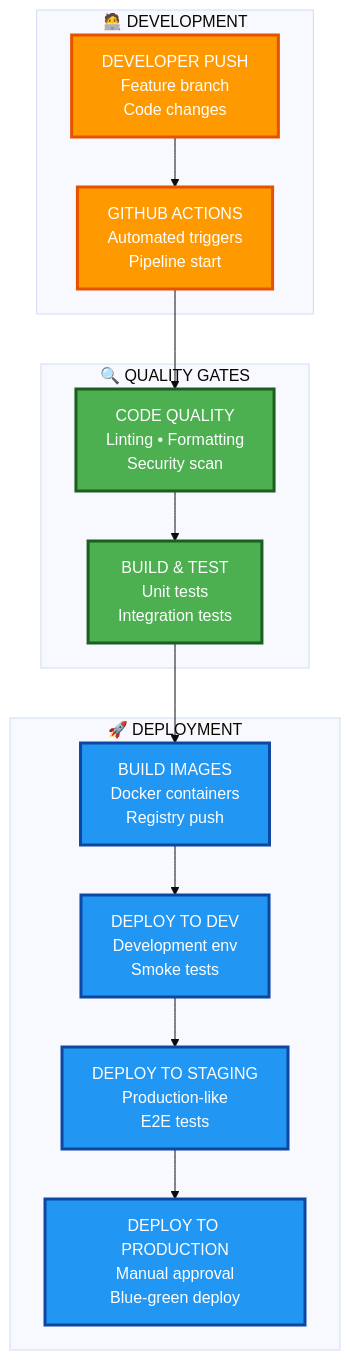
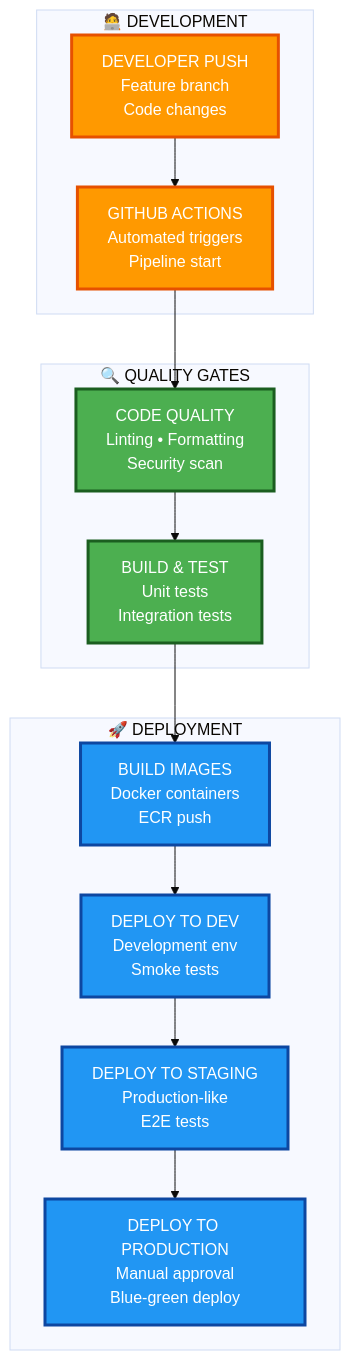
One commit to Clairty-Digital-Twin/clarity-loop-backend changed the diagram in ci-cd/README.md. Above: the diagram before and after it, drawn with Mermaid (base theme). The commit also changed other lines of this file and 2 other files, not shown here.

````diff
--- a/ci-cd/README.md
+++ b/ci-cd/README.md
@@ -19,35 +20,35 @@
 ```mermaid
 flowchart TD
     subgraph Development ["🧑‍💻 DEVELOPMENT"]
         A[DEVELOPER PUSH<br/>Feature branch<br/>Code changes]
         B[GITHUB ACTIONS<br/>Automated triggers<br/>Pipeline start]
     end
     
     subgraph QualityGates ["🔍 QUALITY GATES"]
         C[CODE QUALITY<br/>Linting • Formatting<br/>Security scan]
         D[BUILD & TEST<br/>Unit tests<br/>Integration tests]
     end
     
     subgraph Deployment ["🚀 DEPLOYMENT"]
-        E[BUILD IMAGES<br/>Docker containers<br/>Registry push]
+        E[BUILD IMAGES<br/>Docker containers<br/>ECR push]
         F[DEPLOY TO DEV<br/>Development env<br/>Smoke tests]
         G[DEPLOY TO STAGING<br/>Production-like<br/>E2E tests]
         H[DEPLOY TO PRODUCTION<br/>Manual approval<br/>Blue-green deploy]
     end
     
     A --> B
     B --> C
     C --> D
     D --> E
     E --> F
     F --> G
     G --> H
     
     classDef dev fill:#ff9900,stroke:#e65100,stroke-width:3px,color:white
     classDef quality fill:#4caf50,stroke:#1b5e20,stroke-width:3px,color:white
     classDef deploy fill:#2196f3,stroke:#0d47a1,stroke-width:3px,color:white
     
     class A,B dev
     class C,D quality
     class E,F,G,H deploy
 ```
````
